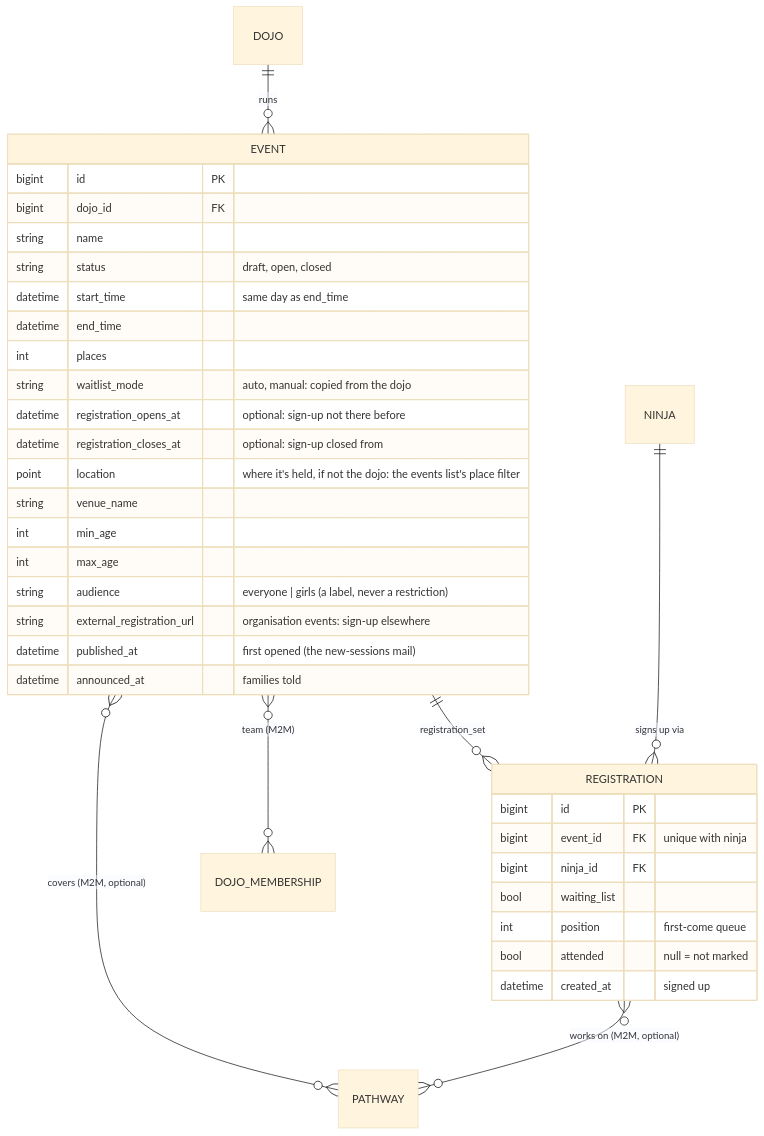
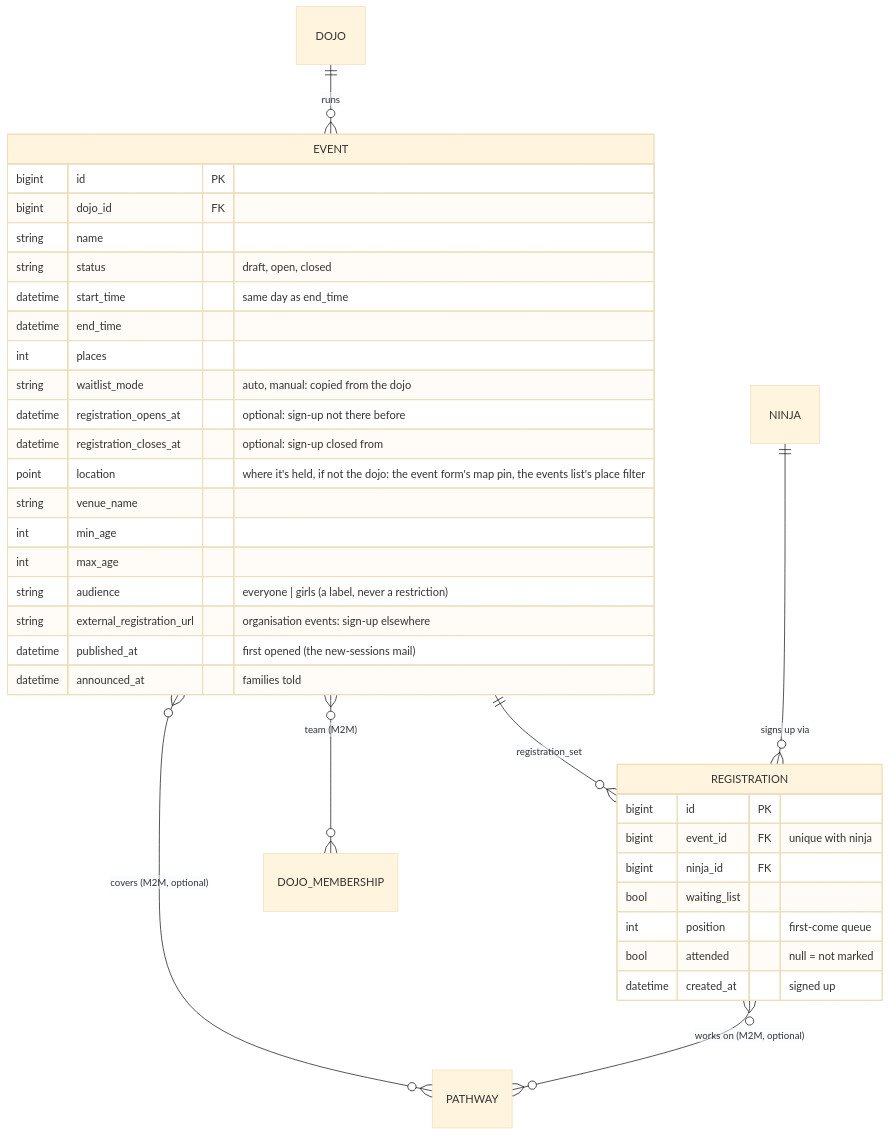
Before and after one commit to DoublG/coderdojo-event-registration: the sixth of 23 diagrams in DATA_MODEL.md, drawn with Mermaid (base theme). The commit also changed 20 other files, not shown here.

First line of the commit message:
Events: put a session's place on an OpenStreetMap map

````diff
--- a/DATA_MODEL.md
+++ b/DATA_MODEL.md
@@ -379,39 +379,39 @@
 ```mermaid
 erDiagram
     DOJO ||--o{ EVENT : "runs"
     EVENT ||--o{ REGISTRATION : "registration_set"
     NINJA ||--o{ REGISTRATION : "signs up via"
     EVENT }o--o{ PATHWAY : "covers (M2M, optional)"
     REGISTRATION }o--o{ PATHWAY : "works on (M2M, optional)"
     EVENT }o--o{ DOJO_MEMBERSHIP : "team (M2M)"
 
     EVENT {
         bigint id PK
         bigint dojo_id FK
         string name
         string status "draft, open, closed"
         datetime start_time "same day as end_time"
         datetime end_time
         int places
         string waitlist_mode "auto, manual: copied from the dojo"
         datetime registration_opens_at "optional: sign-up not there before"
         datetime registration_closes_at "optional: sign-up closed from"
-        point location "where it's held, if not the dojo: the events list's place filter"
+        point location "where it's held, if not the dojo: the event form's map pin, the events list's place filter"
         string venue_name
         int min_age
         int max_age
         string audience "everyone | girls (a label, never a restriction)"
         string external_registration_url "organisation events: sign-up elsewhere"
         datetime published_at "first opened (the new-sessions mail)"
         datetime announced_at "families told"
     }
     REGISTRATION {
         bigint id PK
         bigint event_id FK "unique with ninja"
         bigint ninja_id FK
         bool waiting_list
         int position "first-come queue"
         bool attended "null = not marked"
         datetime created_at "signed up"
     }
 ```
````
